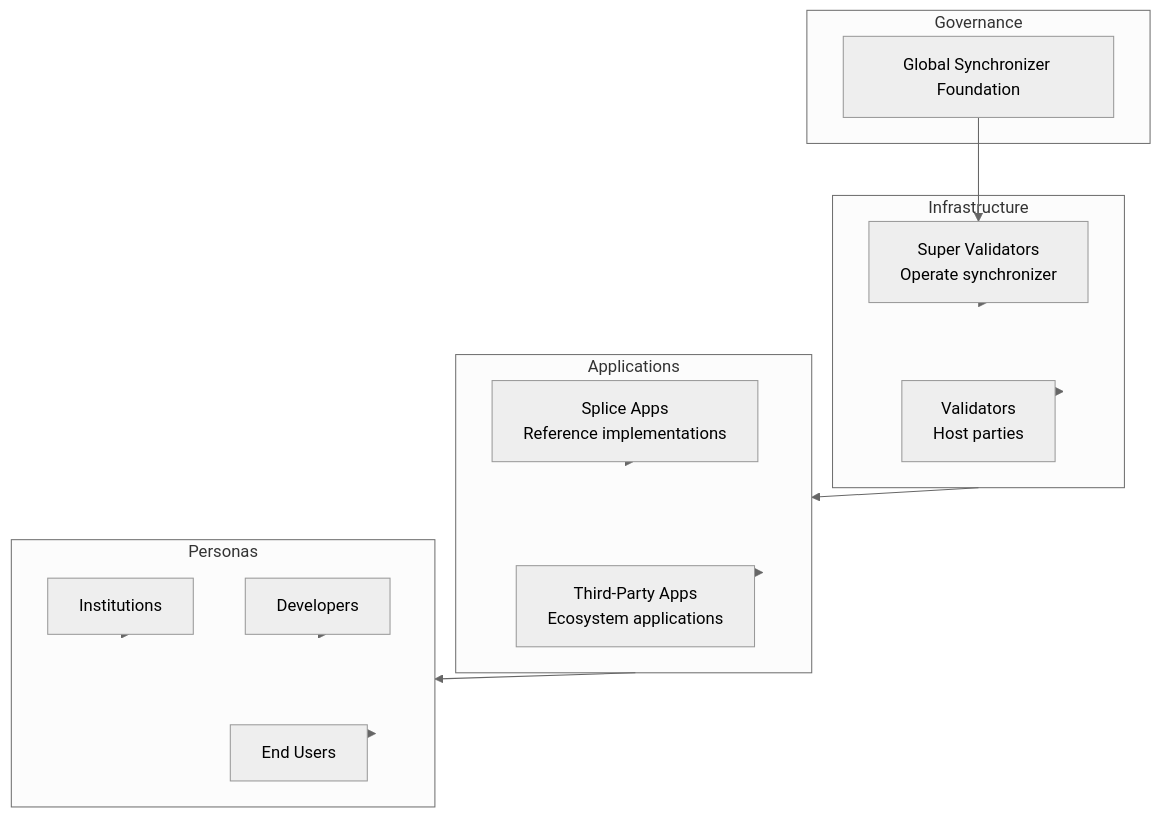
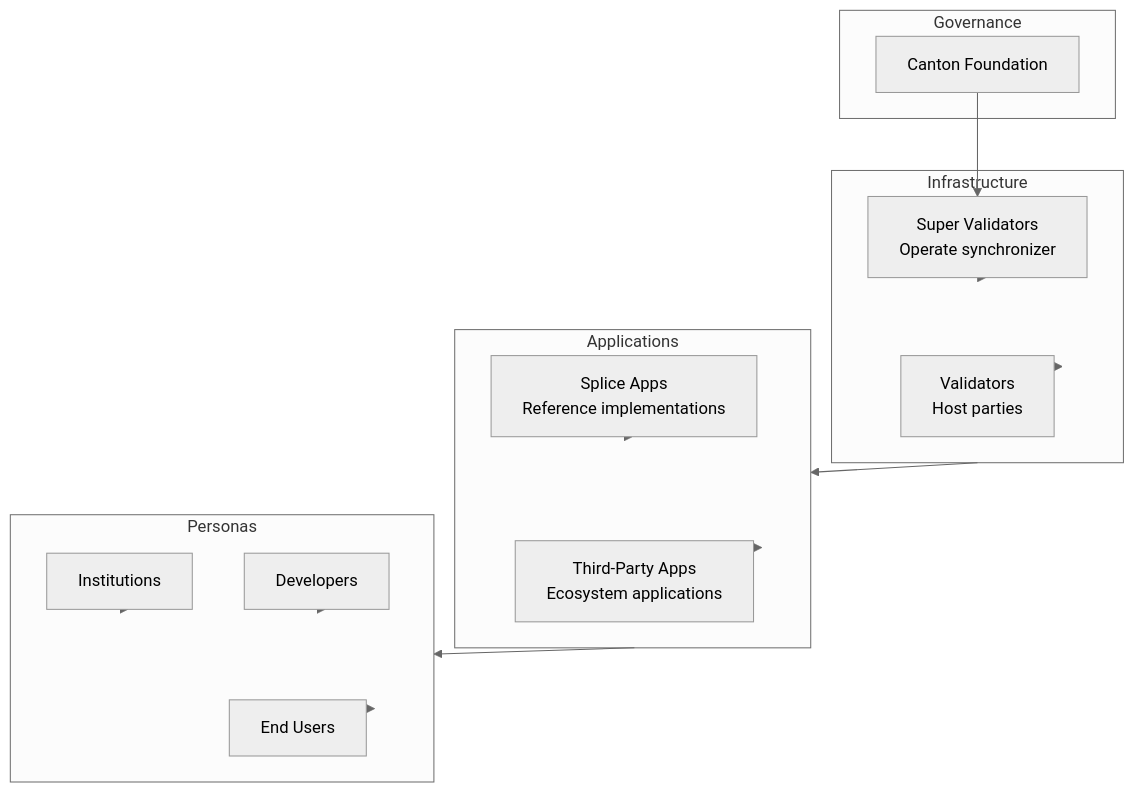
One commit to canton-network/cf-docs changed the diagram in docs-main/integrations/ecosystem.mdx. Above: the diagram before and after it, drawn with Mermaid (neutral theme). The commit also changed other lines of this file and 31 other files, not shown here.

````diff
--- a/docs-main/integrations/ecosystem.mdx
+++ b/docs-main/integrations/ecosystem.mdx
@@ -10,34 +10,34 @@
 ```mermaid
 flowchart TB
     subgraph Foundation[Governance]
-        GSF[Global Synchronizer Foundation]
+        CF[Canton Foundation]
     end
 
     subgraph Infrastructure[Infrastructure]
         SVs[Super Validators<br>Operate synchronizer]
         VALS[Validators<br>Host parties]
     end
 
     subgraph Apps[Applications]
         SPLICE[Splice Apps<br>Reference implementations]
         THIRD[Third-Party Apps<br>Ecosystem applications]
     end
 
     subgraph Users[Personas]
         INST[Institutions]
         DEVS[Developers]
         END[End Users]
     end
 
-    GSF --> SVs
+    CF --> SVs
     SVs --> Infrastructure
     VALS --> Infrastructure
     SPLICE --> Apps
     THIRD --> Apps
     INST --> Users
     DEVS --> Users
     END --> Users
 
     Infrastructure --> Apps
     Apps --> Users
 ```
````
